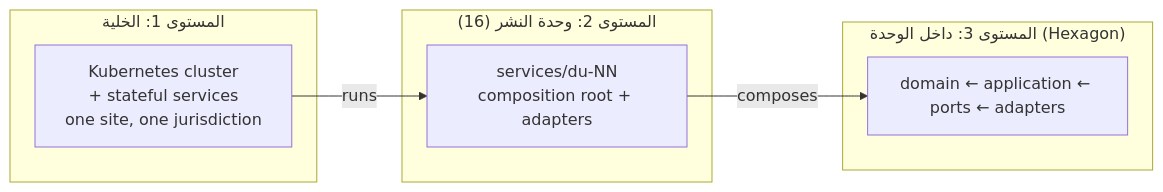
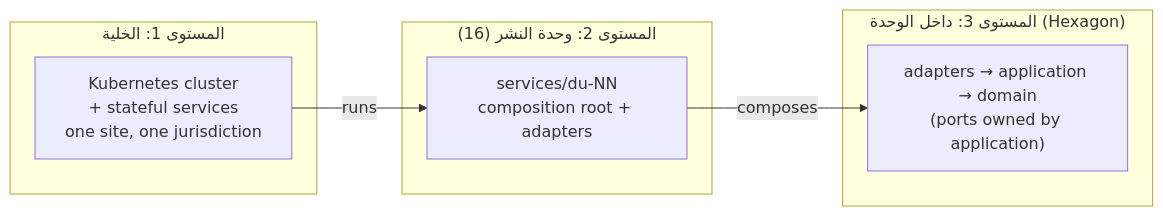
One commit to Ayoubkhattab/Planing changed the first of 3 diagrams in spec/18-analysis-design/10-architecture-overview.md. Above: the diagram before and after it, drawn with Mermaid. The commit also changed other lines of this file and 6 other files, not shown here.

````diff
--- a/spec/18-analysis-design/10-architecture-overview.md
+++ b/spec/18-analysis-design/10-architecture-overview.md
@@ -50,14 +51,14 @@
 ```mermaid
 flowchart LR
   subgraph L1["المستوى 1: الخلية"]
     CELL["Kubernetes cluster<br/>+ stateful services<br/>one site, one jurisdiction"]
   end
   subgraph L2["المستوى 2: وحدة النشر (16)"]
     DU["services/du-NN<br/>composition root + adapters"]
   end
   subgraph L3["المستوى 3: داخل الوحدة (Hexagon)"]
-    HEX["domain ← application ← ports ← adapters"]
+    HEX["adapters → application → domain<br/>(ports owned by application)"]
   end
   CELL -->|"runs"| DU
   DU -->|"composes"| HEX
 ```
````
